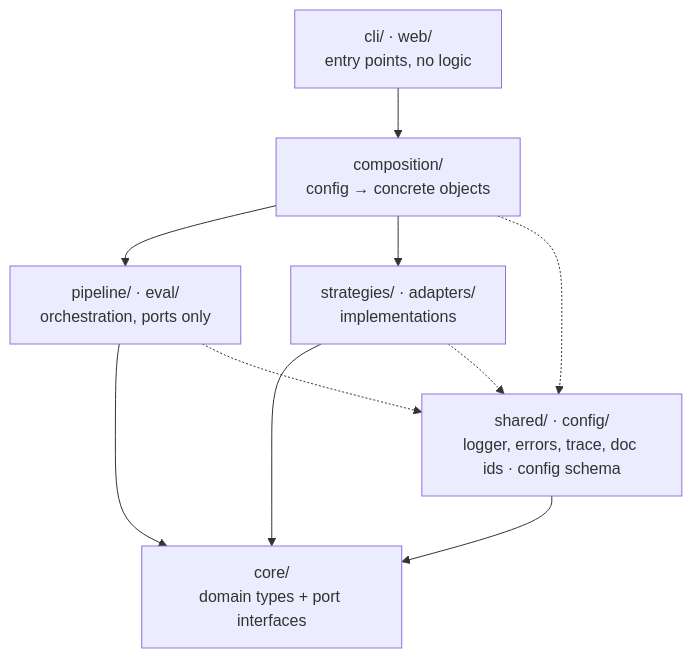
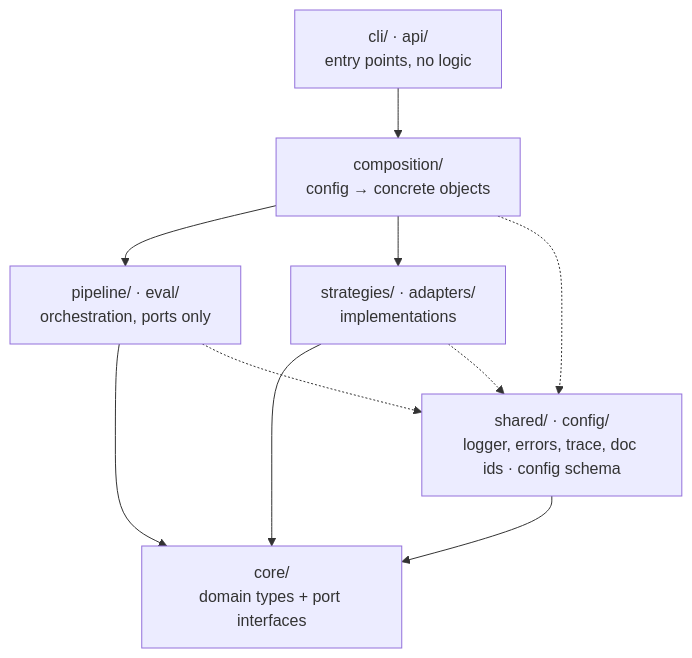
One commit to Shenandoah26-05/RAG_Book changed the first of 2 diagrams in docs/architecture.md. Above: the diagram before and after it, drawn with Mermaid. The commit also changed other lines of this file and 6 other files, not shown here.

````diff
--- a/docs/architecture.md
+++ b/docs/architecture.md
@@ -9,19 +9,19 @@
 ```mermaid
 flowchart TD
-  entry["cli/ · web/<br/>entry points, no logic"]
+  entry["cli/ · api/<br/>entry points, no logic"]
   comp["composition/<br/>config → concrete objects"]
   orch["pipeline/ · eval/<br/>orchestration, ports only"]
   impl["strategies/ · adapters/<br/>implementations"]
   core["core/<br/>domain types + port interfaces"]
   side["shared/ · config/<br/>logger, errors, trace, doc ids · config schema"]
 
   entry --> comp
   comp --> orch
   comp --> impl
   orch --> core
   impl --> core
   comp -.-> side
   orch -.-> side
   impl -.-> side
   side --> core
 ```
````
